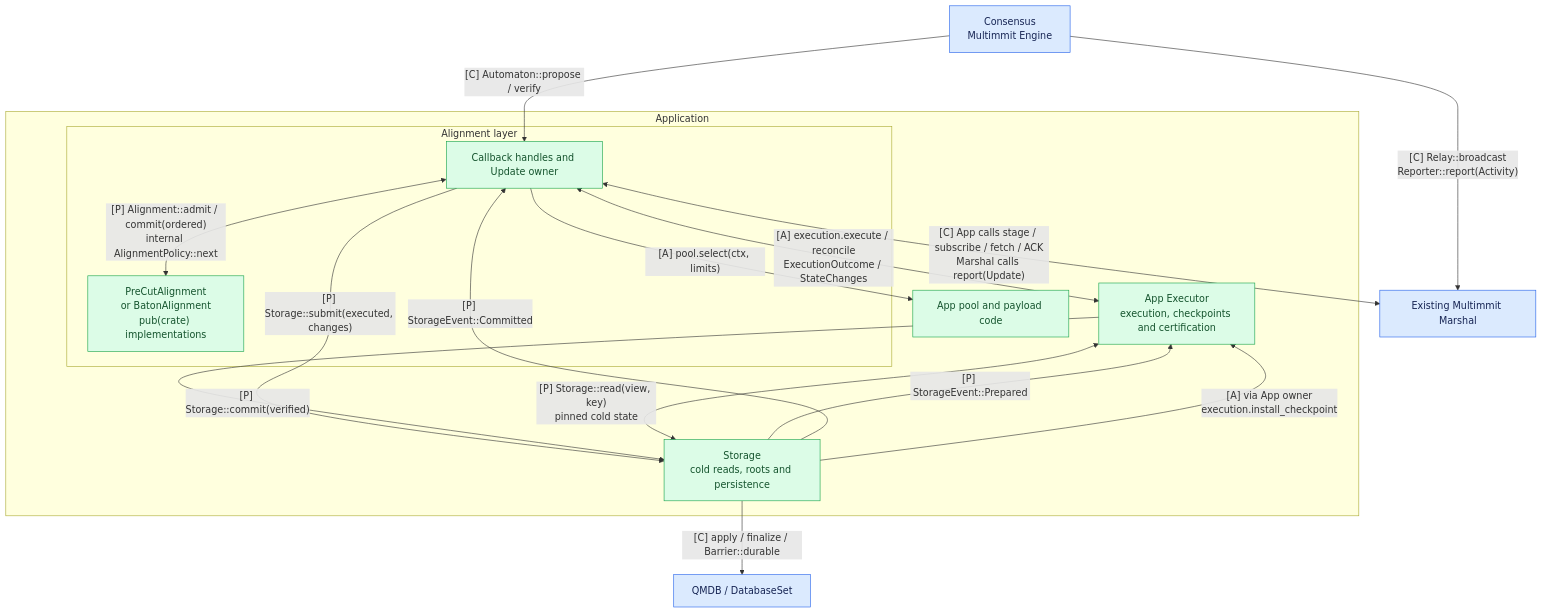
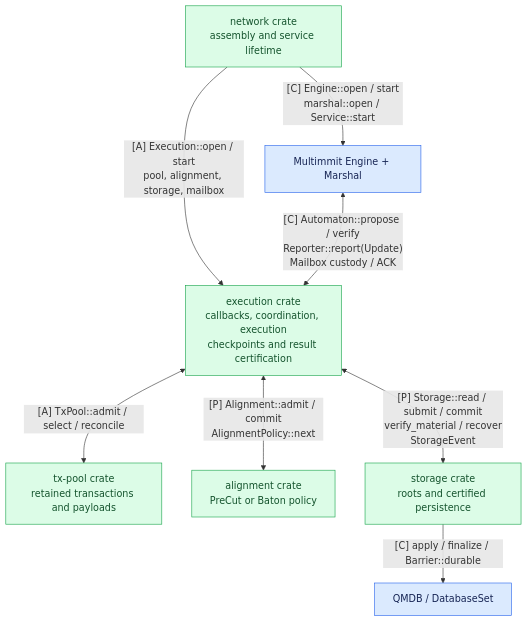
Before and after one commit to djm07073/baton: the diagram in docs/01-overview/01-architecture.md, drawn with Mermaid. The commit also changed other lines of this file and 4086 other files, not shown here.

Commit message:
feat: add five-crate Baton implementation scaffold

````diff
--- a/docs/01-overview/01-architecture.md
+++ b/docs/01-overview/01-architecture.md
@@ -9,28 +9,14 @@
 ```mermaid
 flowchart TB
-    N["Consensus<br/>Multimmit Engine"] -->|"[C] Automaton::propose / verify"| M
-    N -->|"[C] Relay::broadcast<br/>Reporter::report(Activity)"| R["Existing Multimmit Marshal"]
-    M <-->|"[C] App calls stage / subscribe / fetch / ACK<br/>Marshal calls report(Update)"| R
-    subgraph APP["Application"]
-        subgraph MW["Alignment layer"]
-            M["Callback handles and Update owner"]
-            M <-->|"[P] Alignment::admit / commit(ordered)<br/>internal AlignmentPolicy::next"| S["PreCutAlignment<br/>or BatonAlignment<br/>pub(crate) implementations"]
-        end
-        P["App pool and payload code"]
-        E["App Executor<br/>execution, checkpoints and certification"]
-        C["Storage<br/>cold reads, roots and persistence"]
-        M -->|"[A] pool.select(ctx, limits)"| P
-        M <-->|"[A] execution.execute / reconcile<br/>ExecutionOutcome / StateChanges"| E
-        M -->|"[P] Storage::submit(executed, changes)"| C
-        C -->|"[P] StorageEvent::Prepared"| E
-        E -->|"[P] Storage::commit(verified)"| C
-        C -->|"[P] StorageEvent::Committed"| M
-        E <-->|"[P] Storage::read(view, key)<br/>pinned cold state"| C
-        C -->|"[A] via App owner<br/>execution.install_checkpoint"| E
-    end
-    C -->|"[C] apply / finalize / Barrier::durable"| Q["QMDB / DatabaseSet"]
+    W["network crate<br/>assembly and service lifetime"] -->|"[C] Engine::open / start<br/>marshal::open / Service::start"| N["Multimmit Engine + Marshal"]
+    W -->|"[A] Execution::open / start<br/>pool, alignment, storage, mailbox"| E
+    N <-->|"[C] Automaton::propose / verify<br/>Reporter::report(Update)<br/>Mailbox custody / ACK"| E["execution crate<br/>callbacks, coordination, execution<br/>checkpoints and result certification"]
+    E <-->|"[A] TxPool::admit / select / reconcile"| P["tx-pool crate<br/>retained transactions and payloads"]
+    E <-->|"[P] Alignment::admit / commit<br/>AlignmentPolicy::next"| A["alignment crate<br/>PreCut or Baton policy"]
+    E <-->|"[P] Storage::read / submit / commit<br/>verify_material / recover<br/>StorageEvent"| S["storage crate<br/>roots and certified persistence"]
+    S -->|"[C] apply / finalize / Barrier::durable"| Q["QMDB / DatabaseSet"]
     classDef reuse fill:#dbeafe,stroke:#2563eb,color:#172554;
     classDef app fill:#dcfce7,stroke:#16a34a,color:#14532d;
-    class N,R,Q reuse;
-    class M,S,P,E,C app;
+    class N,Q reuse;
+    class W,E,P,A,S app;
 ```
````
